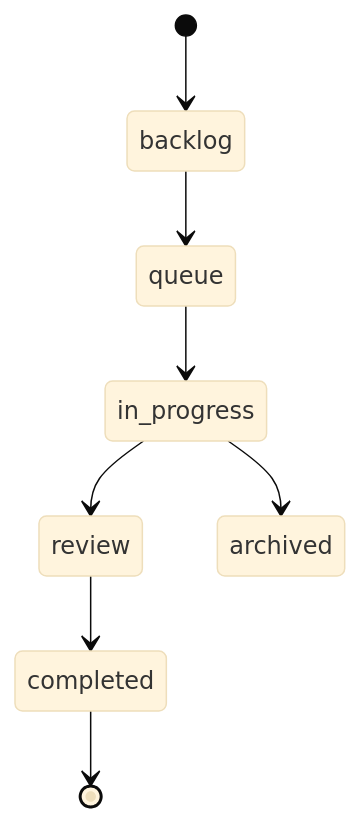
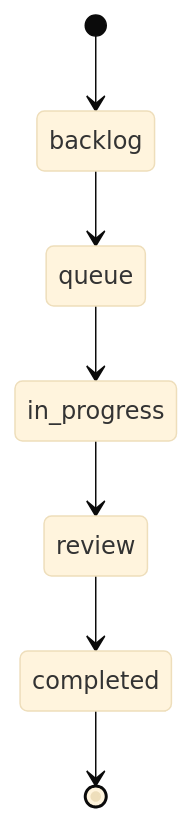
One commit to LinXueyuanStdio/viben changed the second of 2 diagrams in apps/docs/docs/user/desktop/features.md. Above: the diagram before and after it, drawn with Mermaid (base theme). The commit also changed other lines of this file and 28 other files, not shown here.

First line of the commit message:
docs: update CLI commands, architecture, agent, and backend documentation

````diff
--- a/apps/docs/docs/user/desktop/features.md
+++ b/apps/docs/docs/user/desktop/features.md
@@ -118,10 +122,9 @@
 ```mermaid
 stateDiagram-v2
     [*] --> backlog
     backlog --> queue
     queue --> in_progress
     in_progress --> review
     review --> completed
     completed --> [*]
-    in_progress --> archived
 ```
````
